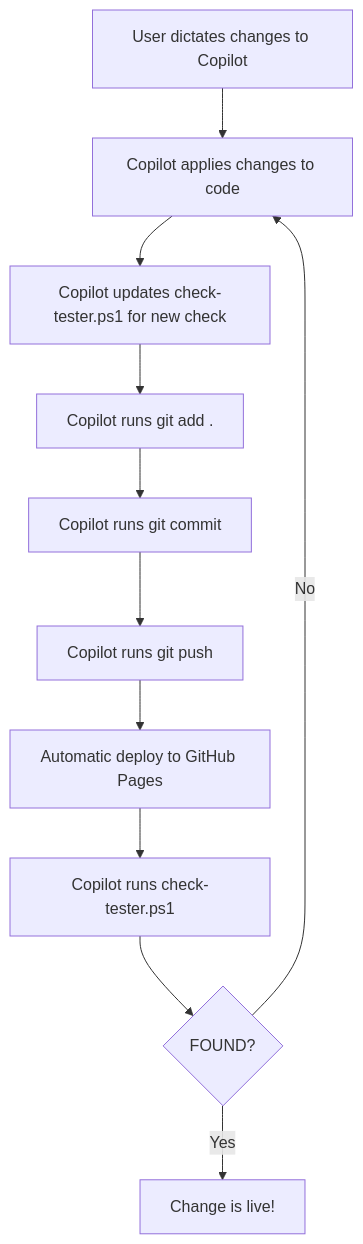
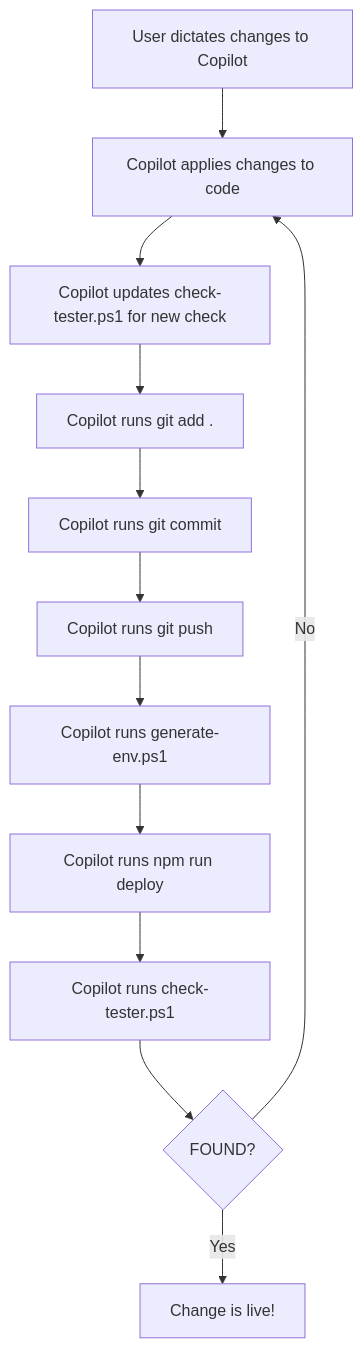
The second of 2 diagrams in README.md (shapez0r/agentai_repo), drawn with Mermaid before and after one commit. The commit also changed other lines of this file and 3 other files, not shown here.

Commit message:
docs: update README, add generate-env.ps1, document full versioning and verification workflow

````diff
--- a/README.md
+++ b/README.md
@@ -65,24 +74,26 @@
 ```mermaid
 flowchart TD
     A[User dictates changes to Copilot]
     B[Copilot applies changes to code]
     C[Copilot updates check-tester.ps1 for new check]
     D[Copilot runs git add .]
     E[Copilot runs git commit]
     F[Copilot runs git push]
-    G[Automatic deploy to GitHub Pages]
-    H[Copilot runs check-tester.ps1]
-    I{FOUND?}
-    J[Change is live!]
+    G[Copilot runs generate-env.ps1]
+    H[Copilot runs npm run deploy]
+    I[Copilot runs check-tester.ps1]
+    J{FOUND?}
+    K[Change is live!]
 
     A --> B
     B --> C
     C --> D
     D --> E
     E --> F
     F --> G
     G --> H
     H --> I
-    I -- Yes --> J
-    I -- No --> B
+    I --> J
+    J -- Yes --> K
+    J -- No --> B
 ```
````
